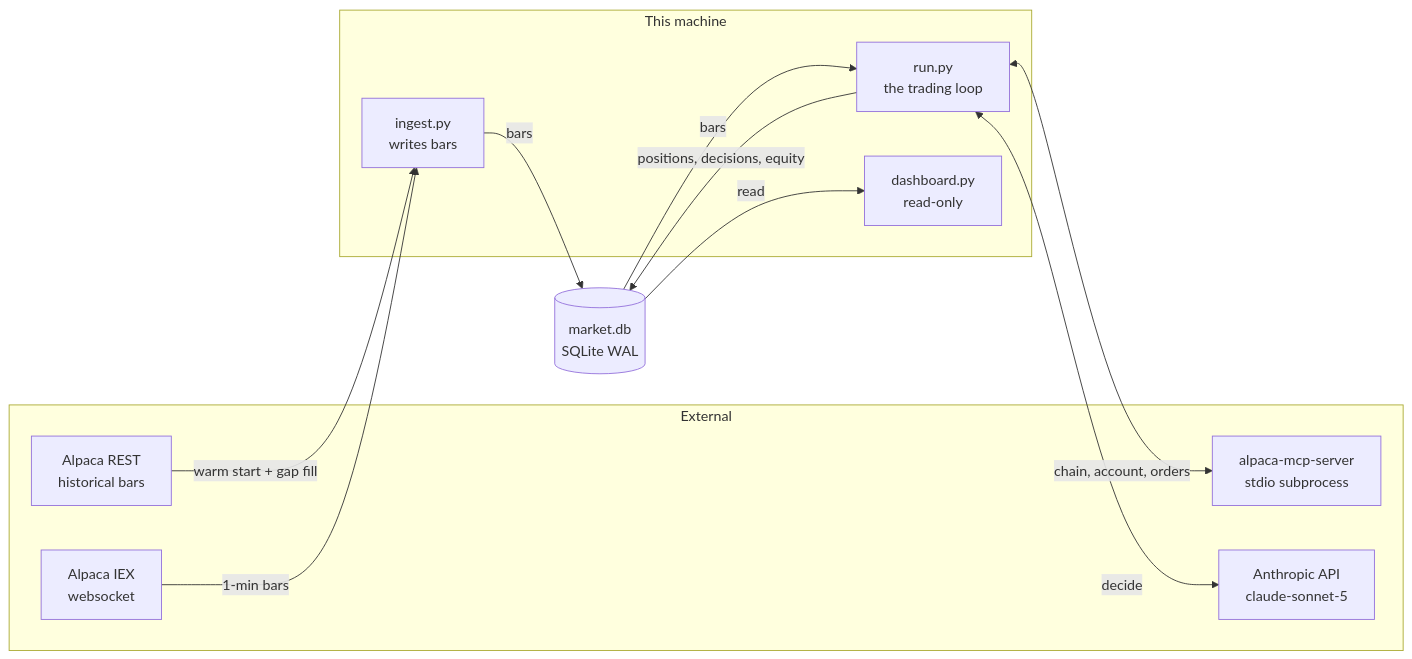
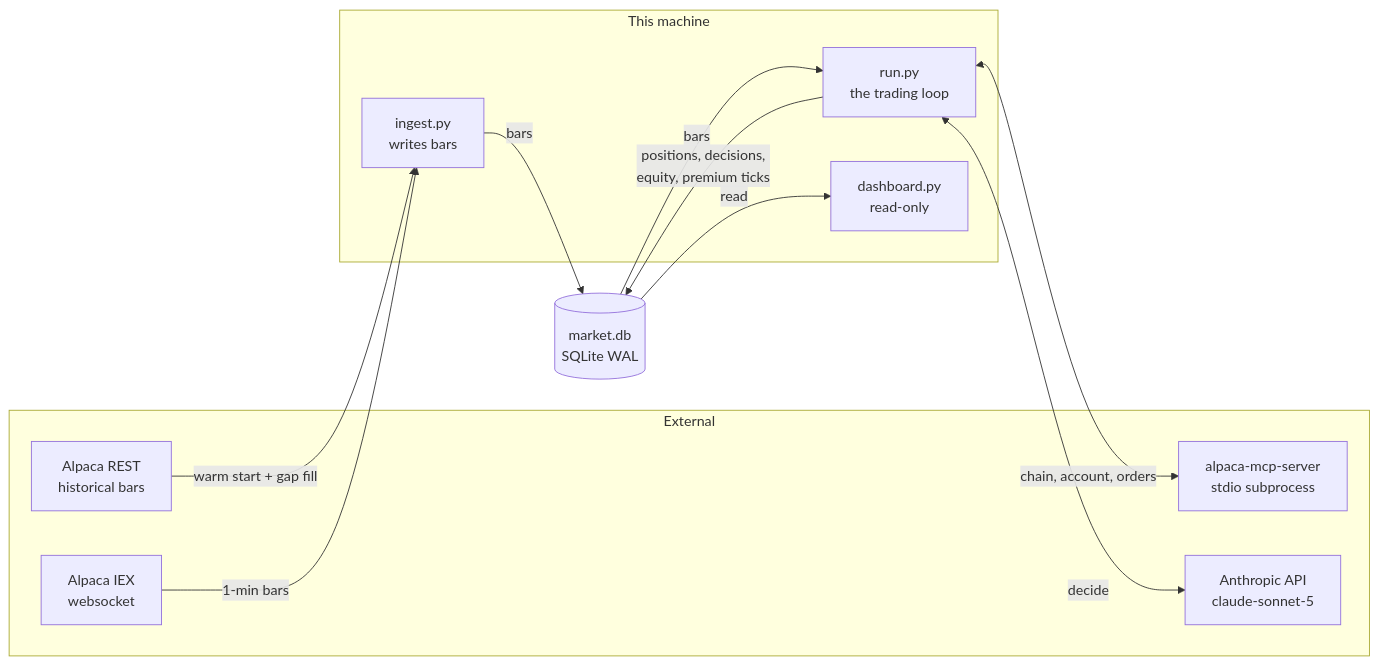
The first of 4 diagrams in README.md (himanshu2394i/Alpaca), drawn with Mermaid before and after one commit. The commit also changed other lines of this file and 1 other file, not shown here.

First line of the commit message:
docs: redraw the README diagrams from the code and test them against it

````diff
--- a/README.md
+++ b/README.md
@@ -131,26 +131,26 @@
 ```mermaid
 flowchart LR
     subgraph ext[External]
         WS[Alpaca IEX<br/>websocket]
         REST[Alpaca REST<br/>historical bars]
         MCP[alpaca-mcp-server<br/>stdio subprocess]
         LLM[Anthropic API<br/>claude-sonnet-5]
     end
 
     subgraph proc[This machine]
         ING[ingest.py<br/>writes bars]
         AGT[run.py<br/>the trading loop]
         DASH[dashboard.py<br/>read-only]
     end
 
     DB[(market.db<br/>SQLite WAL)]
 
     REST -->|warm start + gap fill| ING
     WS -->|1-min bars| ING
     ING -->|bars| DB
     DB -->|bars| AGT
     AGT <-->|chain, account, orders| MCP
     AGT <-->|decide| LLM
-    AGT -->|positions, decisions, equity| DB
+    AGT -->|positions, decisions,<br/>equity, premium ticks| DB
     DB -->|read| DASH
 ```
````
